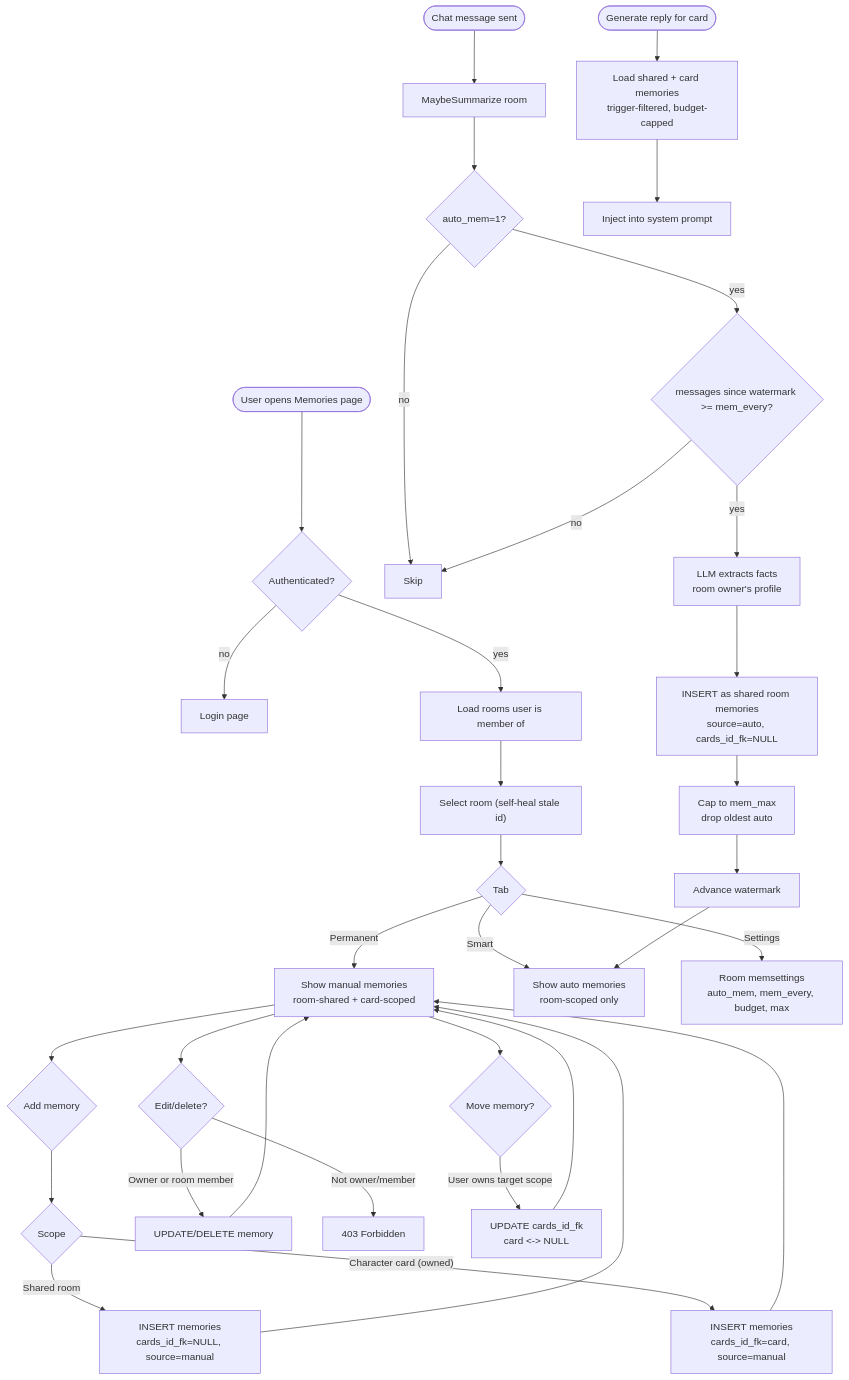
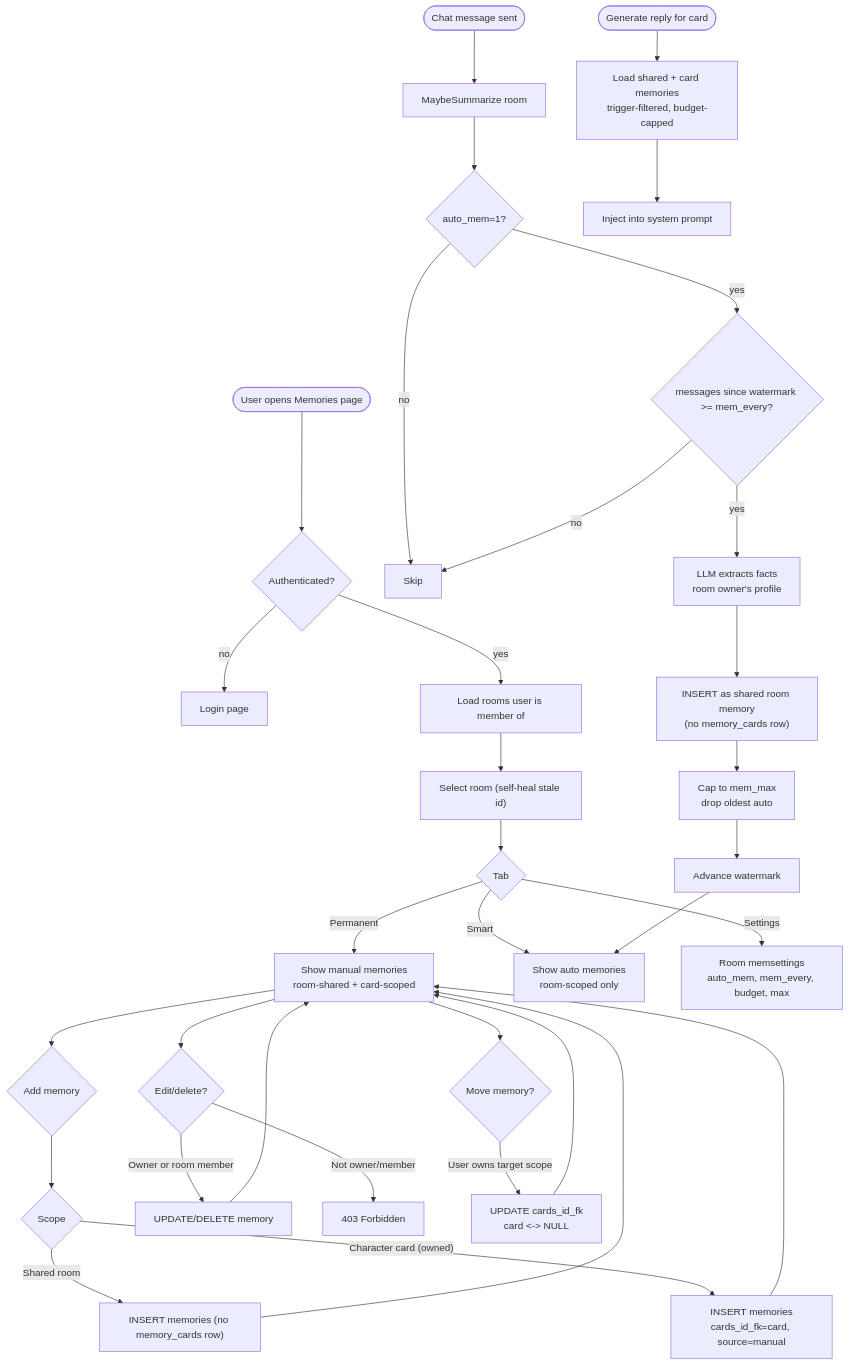
The diagram in docs/memories.md (XanthiaJo/BOLLOCKS), drawn with Mermaid before and after one commit. The commit also changed other lines of this file and 4 other files, not shown here.

Commit message:
refactor(memories): replace nullable cards_id_fk with memory_cards junction

````diff
--- a/docs/memories.md
+++ b/docs/memories.md
@@ -65,47 +67,47 @@
 ```mermaid
 flowchart TD
     Start([User opens Memories page]) --> Auth{Authenticated?}
     Auth -- no --> Login[Login page]
     Auth -- yes --> LoadRooms[Load rooms user is member of]
     LoadRooms --> SelectRoom["Select room (self-heal stale id)"]
     SelectRoom --> Tabs{Tab}
 
     Tabs -->|Permanent| PermList["Show manual memories<br/>room-shared + card-scoped"]
     Tabs -->|Smart| SmartList["Show auto memories<br/>room-scoped only"]
     Tabs -->|Settings| Settings["Room memsettings<br/>auto_mem, mem_every, budget, max"]
 
     %% Permanent creation
     PermList --> AddMem{Add memory}
     AddMem --> Scope{Scope}
-    Scope -->|Shared room| InsShared["INSERT memories<br/>cards_id_fk=NULL, source=manual"]
+    Scope -->|Shared room| InsShared["INSERT memories (no memory_cards row)"]
     Scope -->|"Character card (owned)"| InsCard["INSERT memories<br/>cards_id_fk=card, source=manual"]
     InsShared --> PermList
     InsCard --> PermList
 
     %% Permanent editing
     PermList --> Edit{Edit/delete?}
     Edit -->|Owner or room member| Update["UPDATE/DELETE memory"]
     Edit -->|Not owner/member| Deny["403 Forbidden"]
     Update --> PermList
 
     %% Smart extraction
     Chat([Chat message sent]) --> MaybeSum["MaybeSummarize room"]
     MaybeSum --> CheckAuto{auto_mem=1?}
     CheckAuto -- no --> Skip[Skip]
     CheckAuto -- yes --> CheckInterval{"messages since watermark >= mem_every?"}
     CheckInterval -- no --> Skip
     CheckInterval -- yes --> Extract["LLM extracts facts<br/>room owner's profile"]
-    Extract --> StoreShared["INSERT as shared room memories<br/>source=auto, cards_id_fk=NULL"]
+    Extract --> StoreShared["INSERT as shared room memory<br/>(no memory_cards row)"]
     StoreShared --> Cap["Cap to mem_max<br/>drop oldest auto"]
     Cap --> Watermark[Advance watermark]
     Watermark --> SmartList
 
     %% Injection
     Gen([Generate reply for card]) --> Inject["Load shared + card memories<br/>trigger-filtered, budget-capped"]
     Inject --> Prompt["Inject into system prompt"]
 
     %% Move
     PermList --> Move{Move memory?}
     Move -->|User owns target scope| MoveMem["UPDATE cards_id_fk<br/>card <-> NULL"]
     MoveMem --> PermList
 ```
````
